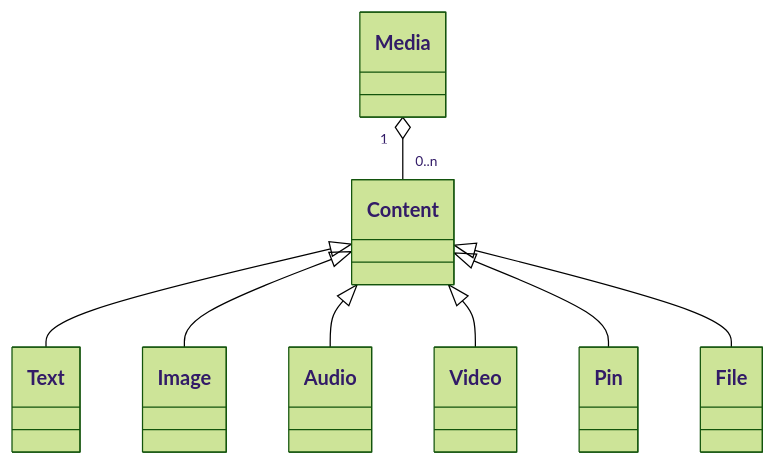
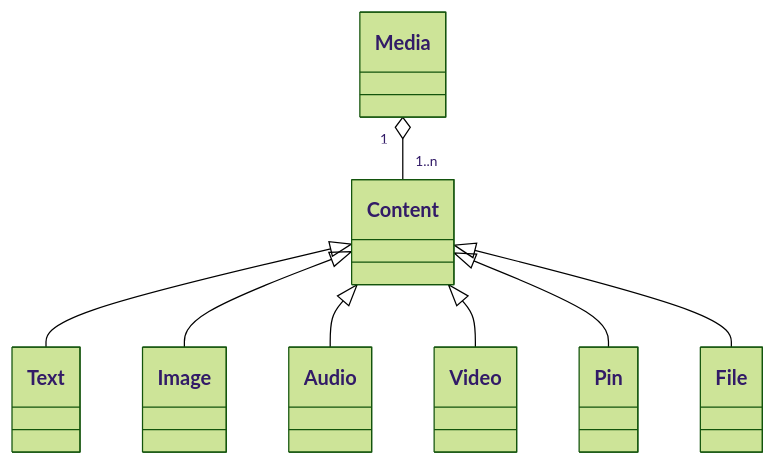
Before and after one commit to VCityTeam/UD-Demo-TIGA-Vallee-Du-Gier: the second of 2 diagrams in Readme.md, drawn with Mermaid (forest theme). The commit also changed other lines of this file, not shown here.

````diff
--- a/Readme.md
+++ b/Readme.md
@@ -253,10 +272,10 @@
 ```mermaid
 classDiagram
-    Media "1" o-- "0..n" Content
+    Media "1" o-- "1..n" Content
     Content <|-- Text
     Content <|-- Image
     Content <|-- Audio
     Content <|-- Video
     Content <|-- Pin
     Content <|-- File
 ```
````
